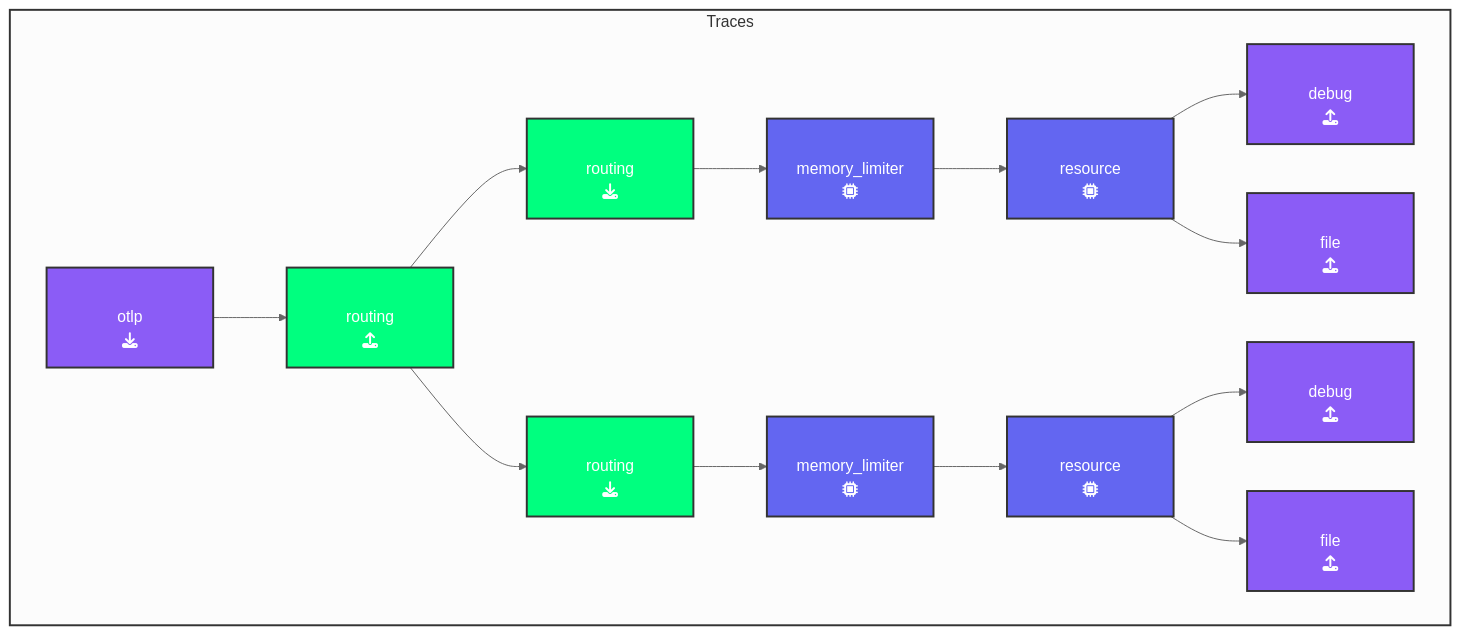
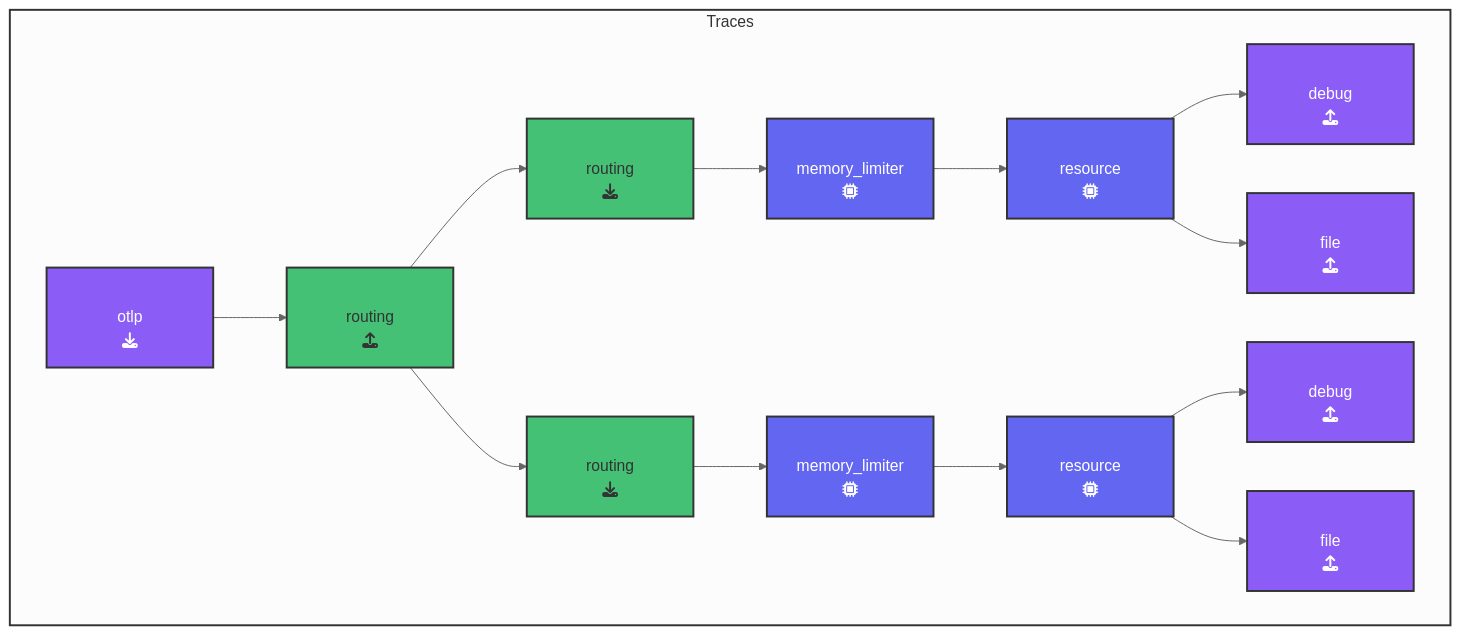
The diagram in content/en/ninja-workshops/10-advanced-otel/8-routing/_index.md (splunk/observability-workshop), drawn with Mermaid (neutral theme) before and after one commit. The commit also changed 2 other files, not shown here.

Commit message:
ok ok  your green is better

````diff
--- a/content/en/ninja-workshops/10-advanced-otel/8-routing/_index.md
+++ b/content/en/ninja-workshops/10-advanced-otel/8-routing/_index.md
@@ -138,38 +138,38 @@
 ```mermaid
 graph LR
   subgraph box[Traces]
     direction LR
     %% Nodes
       A[otlp<br>fa:fa-download]:::receiver
       D[memory_limiter<br>fa:fa-microchip]:::processor
       D2[memory_limiter<br>fa:fa-microchip]:::processor
       F[resource<br>fa:fa-microchip]:::processor
       F2[resource<br>fa:fa-microchip]:::processor
       L[debug<br>fa:fa-upload]:::exporter
       L2[debug<br>fa:fa-upload]:::exporter
       M[file<br>fa:fa-upload]:::exporter
       M2[file<br>fa:fa-upload]:::exporter
       O[routing<br>fa:fa-upload]:::con-export
       P[routing<br>fa:fa-download ]:::con-receive
       P2[routing<br>fa:fa-download ]:::con-receive
     end
     %% Links
       A --> O
       O --> P
       P --> D
       D --> F
       F --> L
       F --> M
       O --> P2
       P2 --> D2
       D2 --> F2
       F2 --> L2
       F2 --> M2
 
 classDef receiver fill:#8b5cf6,stroke:#333,stroke-width:2px,padding-left:110px,color:#fff;
 classDef processor fill:#6366f1,stroke:#333,stroke-width:2px,padding-left:110px,color:#fff;
 classDef exporter fill:#8b5cf6,stroke:#333,stroke-width:2px, padding-left:110px,color:#fff;
-classDef con-receive fill:#00ff7f,stroke:#333,stroke-width:2px, padding-left:110px,color:#fff;
-classDef con-export fill:#00ff7f,stroke:#333,stroke-width:2px, padding-left:110px,color:#fff;
+classDef con-receive fill:#45c175,stroke:#333,stroke-width:2px, padding-left:110px,color:#333;
+classDef con-export fill:#45c175,stroke:#333,stroke-width:2px, padding-left:110px,color:#333;
 style box stroke:#333,stroke-width:2px,fill:#f9a9a9a;
 ```
````
